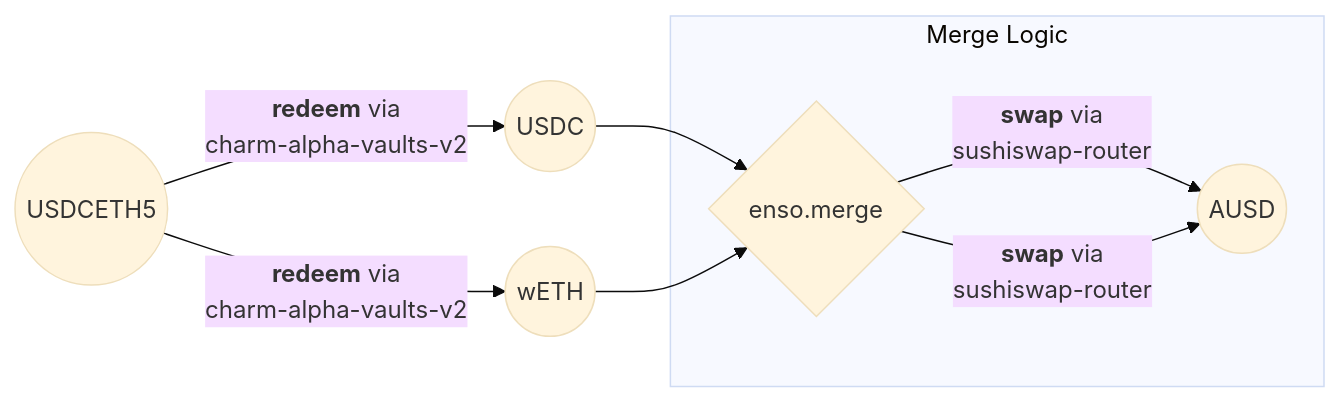
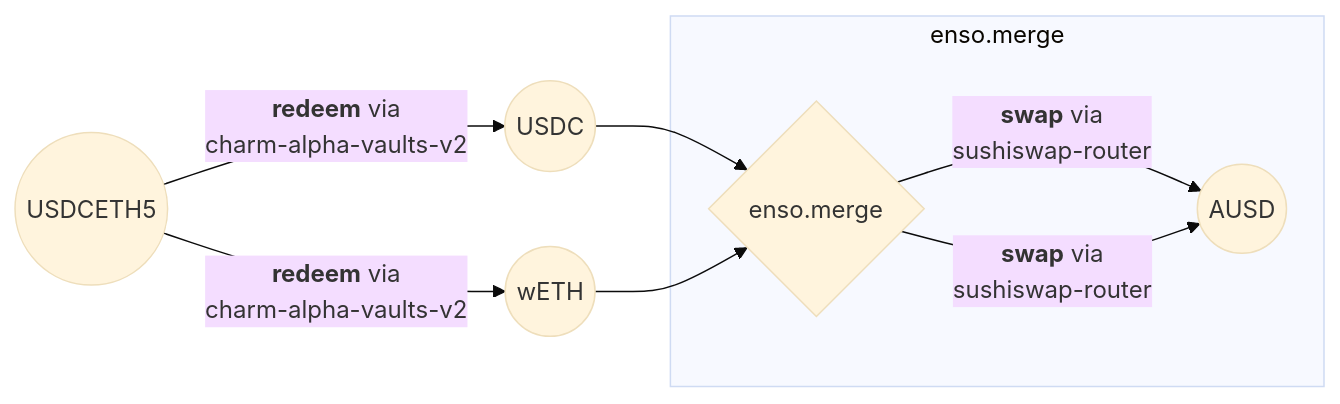
The tenth of 13 diagrams in docs/katana/how-to/use-enso-shortcuts.md (katana-network/katana-docs), drawn with Mermaid (base theme) before and after one commit. The commit also changed other lines of this file, not shown here.

````diff
--- a/docs/katana/how-to/use-enso-shortcuts.md
+++ b/docs/katana/how-to/use-enso-shortcuts.md
@@ -528,13 +528,13 @@
 ```mermaid
 flowchart LR
     A((USDCETH5)) -->|<b>redeem</b> via<br/>charm-alpha-vaults-v2| B((USDC))
     A -->|<b>redeem</b> via<br/>charm-alpha-vaults-v2| C((wETH))
     
     B --> D{enso.merge}
     C --> D
     
-    subgraph merge ["Merge Logic"]
+    subgraph merge ["enso.merge"]
         D -->|<b>swap</b> via<br/>sushiswap-router| E((AUSD))
         D -->|<b>swap</b> via<br/>sushiswap-router| E
     end
 ```
````
